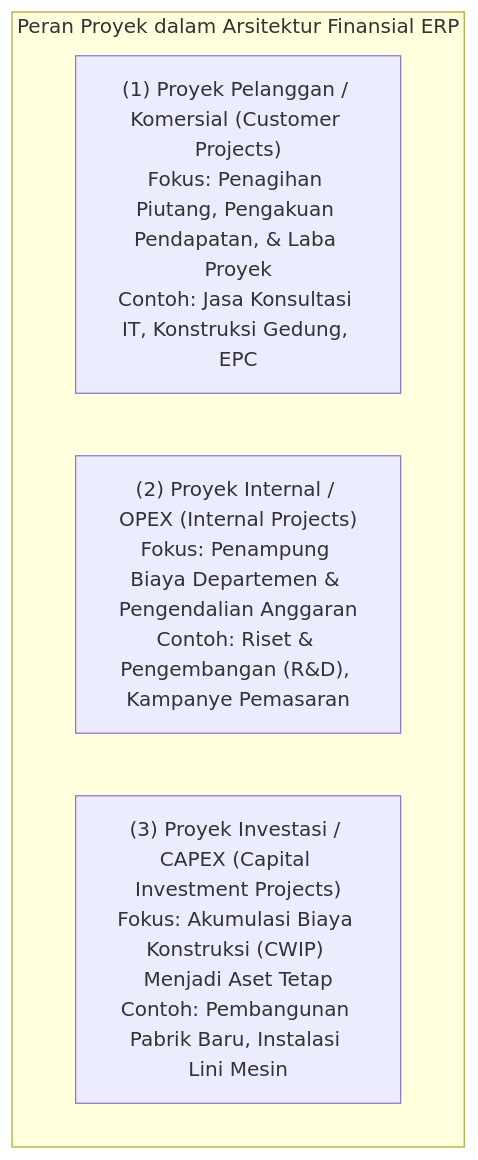
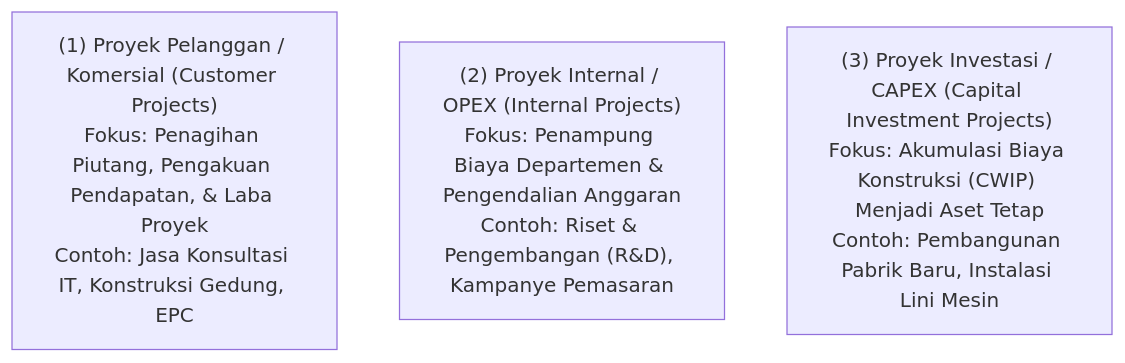
One commit to alimurrofid/erp-notes changed the second of 6 diagrams in content/09-project/project-management-fundamentals.md. Above: the diagram before and after it, drawn with Mermaid. The commit also changed 58 other files, not shown here.

Commit message:
fix(content):Mermaid Subgraph

````diff
--- a/content/09-project/project-management-fundamentals.md
+++ b/content/09-project/project-management-fundamentals.md
@@ -49,8 +49,6 @@
 ```mermaid
 graph TD
-    subgraph ProjectRoles["Peran Proyek dalam Arsitektur Finansial ERP"]
         Customer["(1) Proyek Pelanggan / Komersial (Customer Projects)<br/>Fokus: Penagihan Piutang, Pengakuan Pendapatan, & Laba Proyek<br/>Contoh: Jasa Konsultasi IT, Konstruksi Gedung, EPC"]
         Internal["(2) Proyek Internal / OPEX (Internal Projects)<br/>Fokus: Penampung Biaya Departemen & Pengendalian Anggaran<br/>Contoh: Riset & Pengembangan (R&D), Kampanye Pemasaran"]
         Capital["(3) Proyek Investasi / CAPEX (Capital Investment Projects)<br/>Fokus: Akumulasi Biaya Konstruksi (CWIP) Menjadi Aset Tetap<br/>Contoh: Pembangunan Pabrik Baru, Instalasi Lini Mesin"]
-    end
 ```
````
